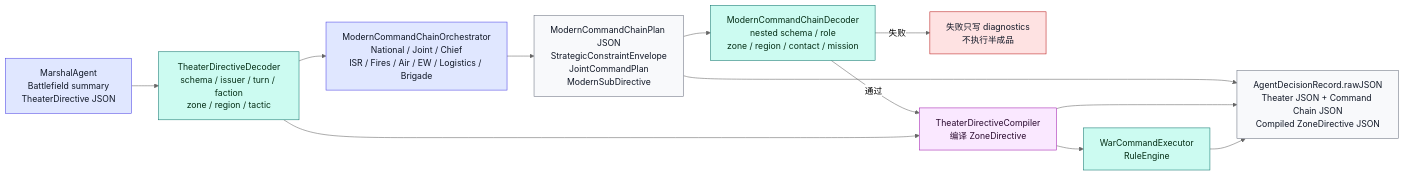
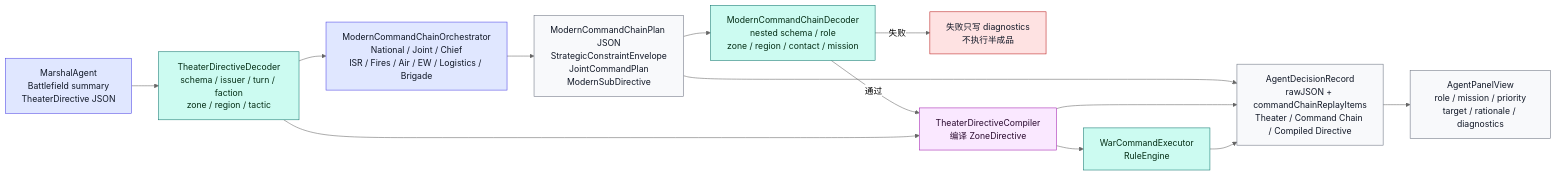
Before and after one commit to Altman-sam114/127: the eighth of 20 diagrams in md/flow/flowchart.md, drawn with Mermaid (neutral theme). The commit also changed 9 other files, not shown here.

Commit message:
feat: add command chain replay

````diff
--- a/md/flow/flowchart.md
+++ b/md/flow/flowchart.md
@@ -230,27 +230,29 @@
 ```mermaid
 flowchart LR
     MARSHAL["MarshalAgent<br/>Battlefield summary<br/>TheaterDirective JSON"]:::agent
     TDEC["TheaterDirectiveDecoder<br/>schema / issuer / turn / faction<br/>zone / region / tactic"]:::rules
     ORCH["ModernCommandChainOrchestrator<br/>National / Joint / Chief<br/>ISR / Fires / Air / EW / Logistics / Brigade"]:::agent
     CJSON["ModernCommandChainPlan JSON<br/>StrategicConstraintEnvelope<br/>JointCommandPlan<br/>ModernSubDirective"]:::data
     CDEC["ModernCommandChainDecoder<br/>nested schema / role<br/>zone / region / contact / mission"]:::rules
     FAIL["失败只写 diagnostics<br/>不执行半成品"]:::stop
     COMP["TheaterDirectiveCompiler<br/>编译 ZoneDirective"]:::command
     EXEC["WarCommandExecutor<br/>RuleEngine"]:::rules
-    RECORD["AgentDecisionRecord.rawJSON<br/>Theater JSON + Command Chain JSON<br/>Compiled ZoneDirective JSON"]:::display
+    RECORD["AgentDecisionRecord<br/>rawJSON + commandChainReplayItems<br/>Theater / Command Chain / Compiled Directive"]:::display
+    PANEL["AgentPanelView<br/>role / mission / priority<br/>target / rationale / diagnostics"]:::display
 
     MARSHAL --> TDEC --> ORCH --> CJSON --> CDEC
     CDEC -->|通过| COMP --> EXEC
     CDEC -->|失败| FAIL
     TDEC --> COMP
     CJSON --> RECORD
     COMP --> RECORD
     EXEC --> RECORD
+    RECORD --> PANEL
 
     classDef agent fill:#e0e7ff,stroke:#4f46e5,color:#111827
     classDef data fill:#f8f9fb,stroke:#6b7280,color:#111827
     classDef rules fill:#ccfbf1,stroke:#0f766e,color:#052e16
     classDef command fill:#fae8ff,stroke:#a21caf,color:#2a0a2f
     classDef display fill:#f8f9fb,stroke:#6b7280,color:#111827
     classDef stop fill:#fee2e2,stroke:#b91c1c,color:#111827
 ```
````
